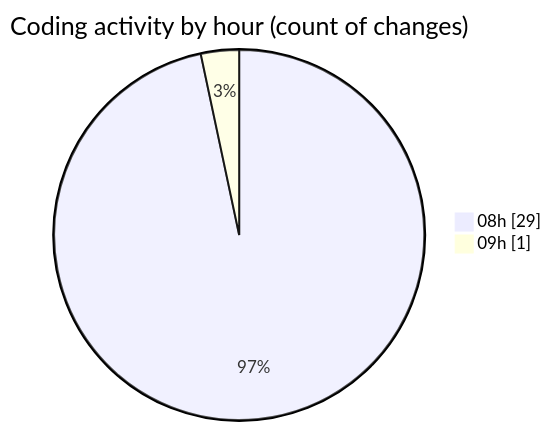
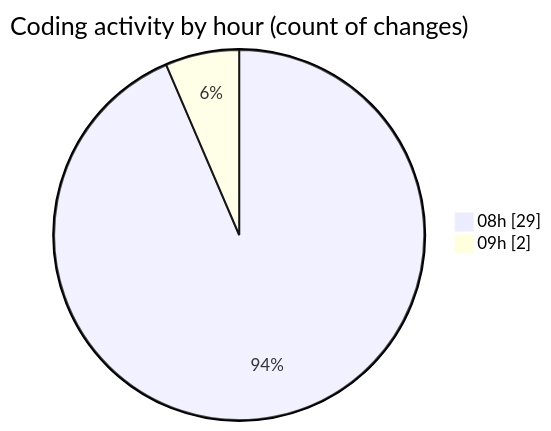
Before and after one commit to MatusMokan/code-tracking: the second of 2 diagrams in 2025-04-20/myws__workspace_/README.md, drawn with Mermaid. The commit also changed other lines of this file and 1 other file, not shown here.

````diff
--- a/2025-04-20/myws__workspace_/README.md
+++ b/2025-04-20/myws__workspace_/README.md
@@ -28,6 +28,6 @@
 ```mermaid
 pie showData
 title Coding activity by hour (count of changes)
 "08h" : 29
-"09h" : 1
+"09h" : 2
 ```
````
